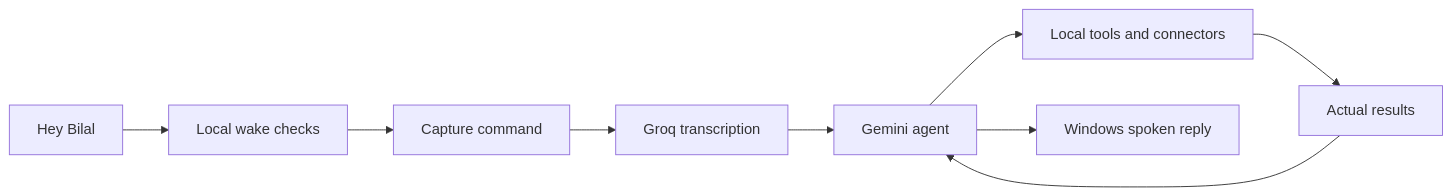
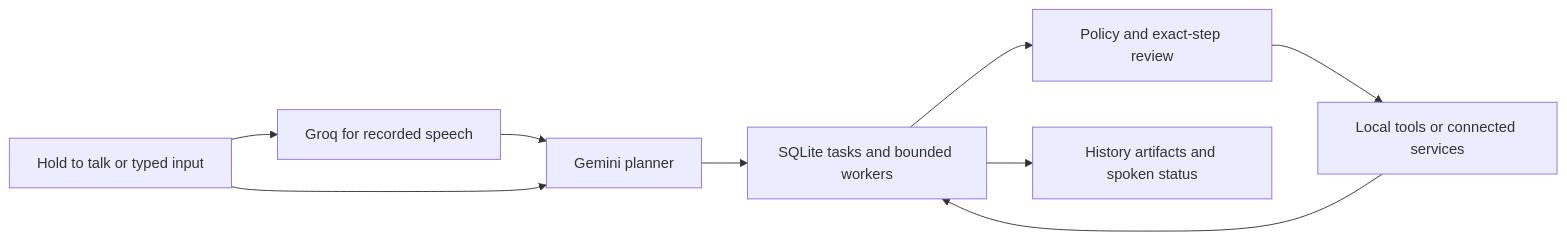
The diagram in README.md (NameerKhan7/BilalAi), drawn with Mermaid before and after one commit. The commit also changed other lines of this file and 52 other files, not shown here.

Commit message:
Build durable agent tasks, reviewed plans and exact input

````diff
--- a/README.md
+++ b/README.md
@@ -145,11 +150,11 @@
 ```mermaid
 flowchart LR
-    A[Hey Bilal] --> B[Local wake checks]
-    B --> C[Capture command]
-    C --> D[Groq transcription]
-    D --> E[Gemini agent]
-    E --> F[Local tools and connectors]
-    F --> G[Actual results]
-    G --> E
-    E --> H[Windows spoken reply]
+    A[Hold to talk or typed input] --> B[Groq for recorded speech]
+    B --> C[Gemini planner]
+    A --> C
+    C --> D[SQLite tasks and bounded workers]
+    D --> E[Policy and exact-step review]
+    E --> F[Local tools or connected services]
+    F --> D
+    D --> G[History artifacts and spoken status]
 ```
````
